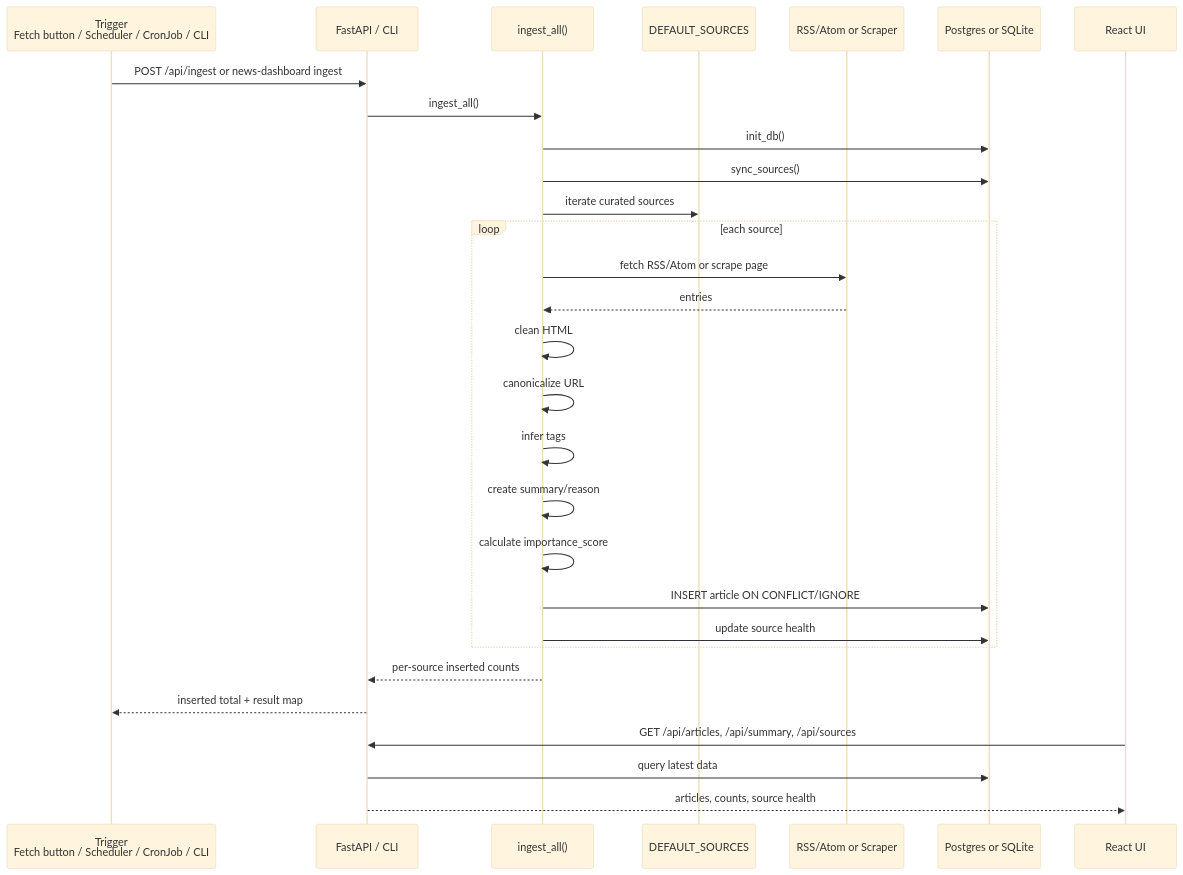
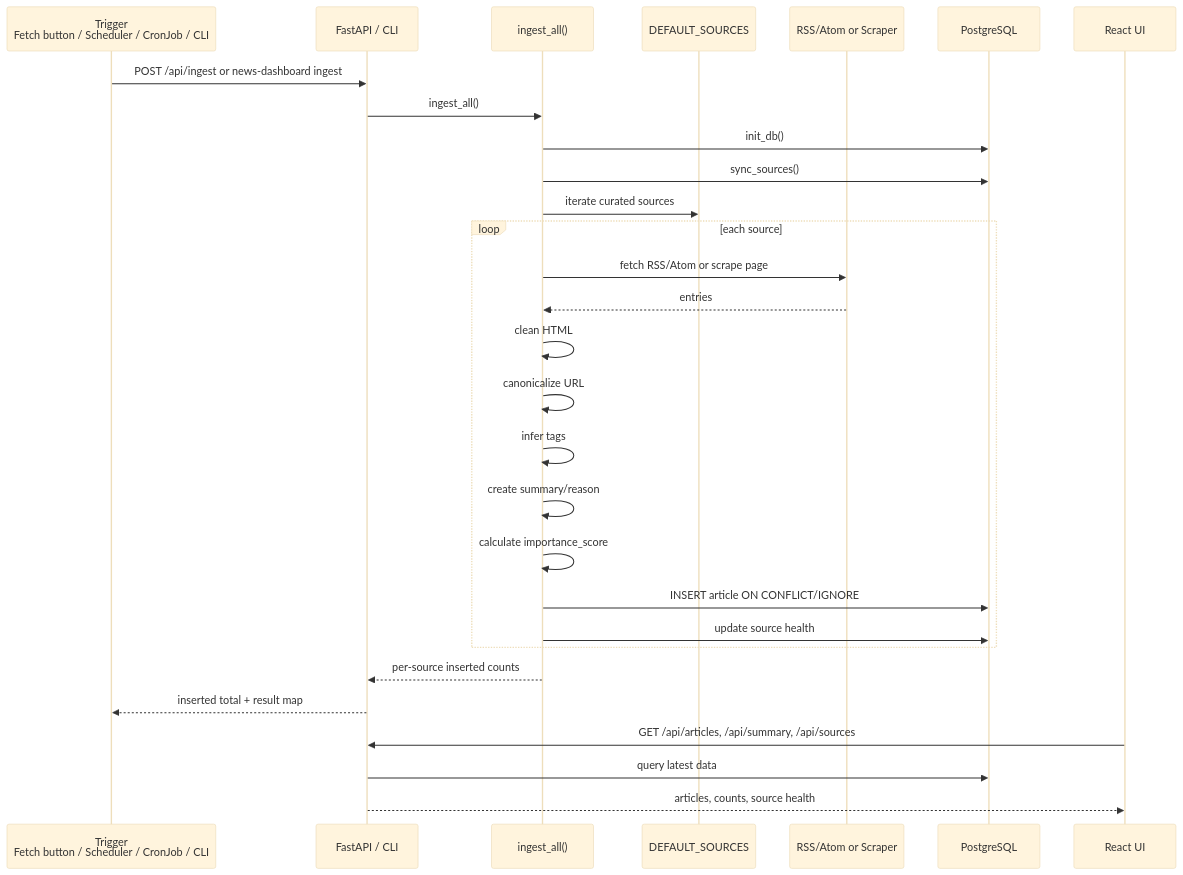
Before and after one commit to lihor-hub/news-dashboard: the third of 5 diagrams in docs/ARCHITECTURE.md, drawn with Mermaid (base theme). The commit also changed other lines of this file and 28 other files, not shown here.

````diff
--- a/docs/ARCHITECTURE.md
+++ b/docs/ARCHITECTURE.md
@@ -114,34 +114,34 @@
 ```mermaid
 sequenceDiagram
   participant Trigger as Trigger<br/>Fetch button / Scheduler / CronJob / CLI
   participant API as FastAPI / CLI
   participant Ingest as ingest_all()
   participant Sources as DEFAULT_SOURCES
   participant Feed as RSS/Atom or Scraper
-  participant DB as Postgres or SQLite
+  participant DB as PostgreSQL
   participant UI as React UI
 
   Trigger->>API: POST /api/ingest or news-dashboard ingest
   API->>Ingest: ingest_all()
   Ingest->>DB: init_db()
   Ingest->>DB: sync_sources()
   Ingest->>Sources: iterate curated sources
 
   loop each source
     Ingest->>Feed: fetch RSS/Atom or scrape page
     Feed-->>Ingest: entries
     Ingest->>Ingest: clean HTML
     Ingest->>Ingest: canonicalize URL
     Ingest->>Ingest: infer tags
     Ingest->>Ingest: create summary/reason
     Ingest->>Ingest: calculate importance_score
     Ingest->>DB: INSERT article ON CONFLICT/IGNORE
     Ingest->>DB: update source health
   end
 
   Ingest-->>API: per-source inserted counts
   API-->>Trigger: inserted total + result map
   UI->>API: GET /api/articles, /api/summary, /api/sources
   API->>DB: query latest data
   API-->>UI: articles, counts, source health
 ```
````
